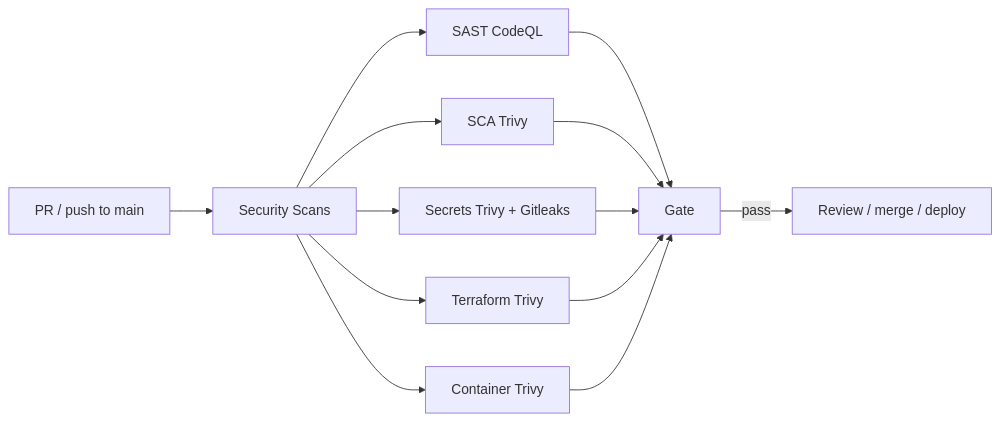
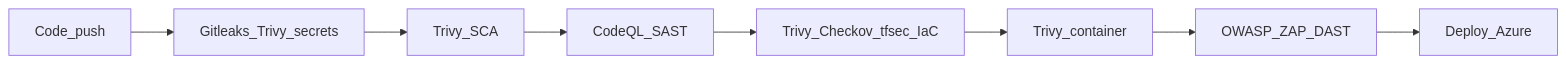
The second of 2 diagrams in README.md (gindriliunas/crypto-trading), drawn with Mermaid before and after one commit. The commit also changed other lines of this file and 6 other files, not shown here.

First line of the commit message:
Showcase Azure DevSecOps with Checkov, tfsec, ZAP, and SARIF.

````diff
--- a/README.md
+++ b/README.md
@@ -47,15 +41,10 @@
 ```mermaid
 flowchart LR
-  A[PR / push to main] --> B[Security Scans]
-  B --> C[SAST CodeQL]
-  B --> D[SCA Trivy]
-  B --> E[Secrets Trivy + Gitleaks]
-  B --> F[Terraform Trivy]
-  B --> G[Container Trivy]
-  C --> H[Gate]
-  D --> H
-  E --> H
-  F --> H
-  G --> H
-  H -->|pass| I[Review / merge / deploy]
+  A[Code_push] --> B[Gitleaks_Trivy_secrets]
+  B --> C[Trivy_SCA]
+  C --> D[CodeQL_SAST]
+  D --> E[Trivy_Checkov_tfsec_IaC]
+  E --> F[Trivy_container]
+  F --> G[OWASP_ZAP_DAST]
+  G --> H[Deploy_Azure]
 ```
````
